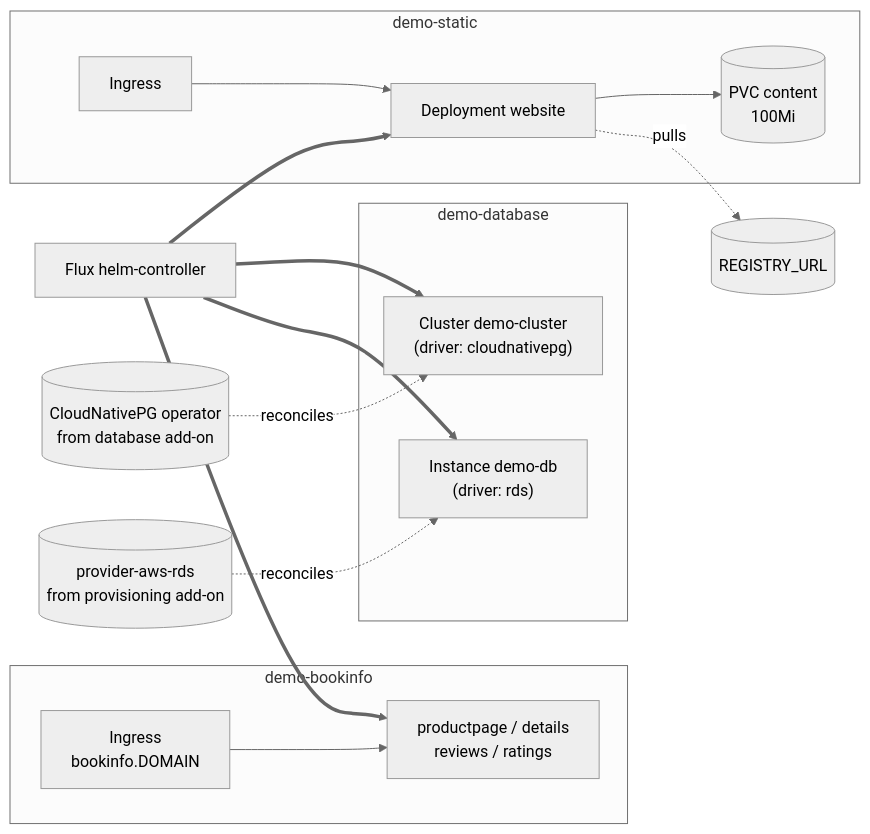
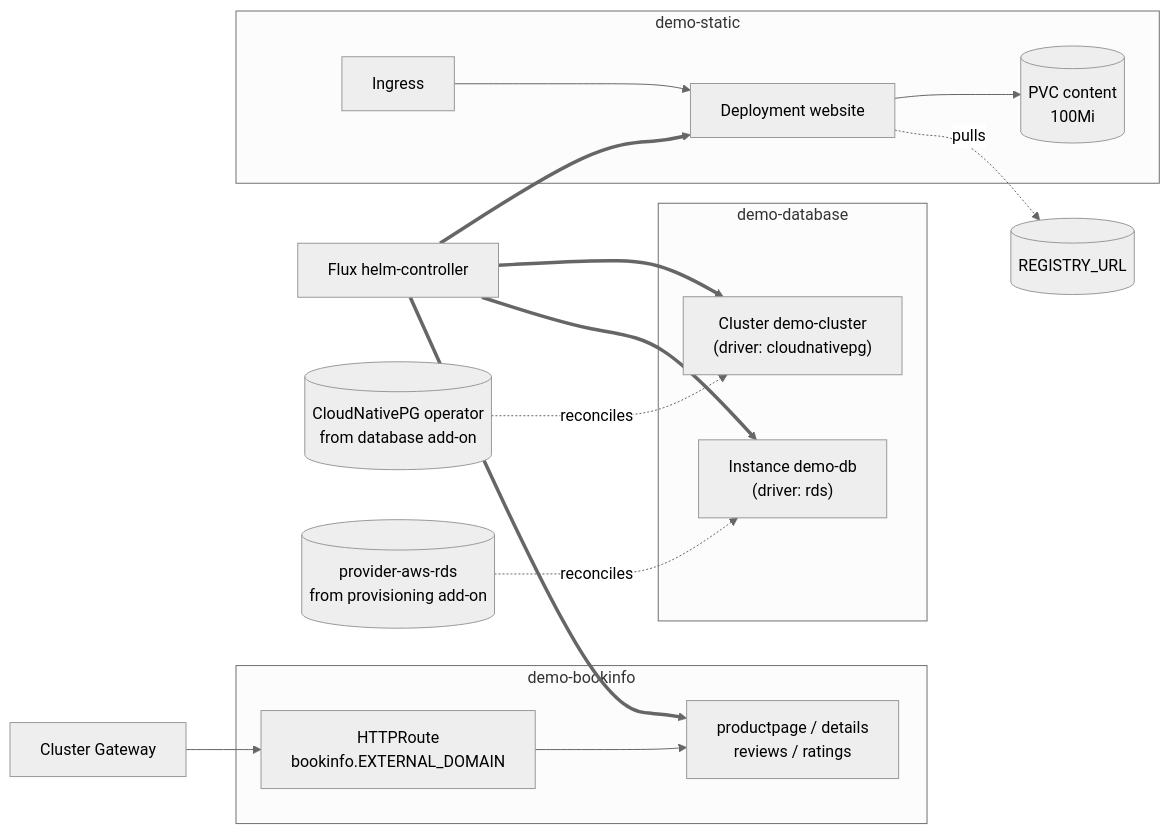
One commit to windsorcli/core changed the diagram in kustomize/demo/README.md. Above: the diagram before and after it, drawn with Mermaid (neutral theme). The commit also changed other lines of this file and 6 other files, not shown here.

Commit message:
fix(demo): bookinfo HTTPRoute (#2688)

````diff
--- a/kustomize/demo/README.md
+++ b/kustomize/demo/README.md
@@ -25,32 +25,33 @@
 ```mermaid
 flowchart LR
   flux[Flux helm-controller]
 
   subgraph demobook[demo-bookinfo]
-    book_ingress[Ingress<br/>bookinfo.DOMAIN]
+    book_route[HTTPRoute<br/>bookinfo.EXTERNAL_DOMAIN]
     book_svcs[productpage / details<br/>reviews / ratings]
   end
 
   subgraph demostatic[demo-static]
     static_ingress[Ingress]
     static_dep[Deployment website]
     static_pvc[(PVC content<br/>100Mi)]
   end
 
   subgraph demodb[demo-database]
     demo_cluster["Cluster demo-cluster<br/>(driver: cloudnativepg)"]
     demo_instance["Instance demo-db<br/>(driver: rds)"]
   end
 
   cnpg[(CloudNativePG operator<br/>from database add-on)]
   crossplane[(provider-aws-rds<br/>from provisioning add-on)]
   registry[(REGISTRY_URL)]
+  gateway[Cluster Gateway]
 
   flux ==> book_svcs & static_dep & demo_cluster & demo_instance
   static_dep --> static_pvc
   static_dep -.pulls.-> registry
   cnpg -.reconciles.-> demo_cluster
   crossplane -.reconciles.-> demo_instance
-  book_ingress --> book_svcs
+  gateway --> book_route --> book_svcs
   static_ingress --> static_dep
 ```
````
